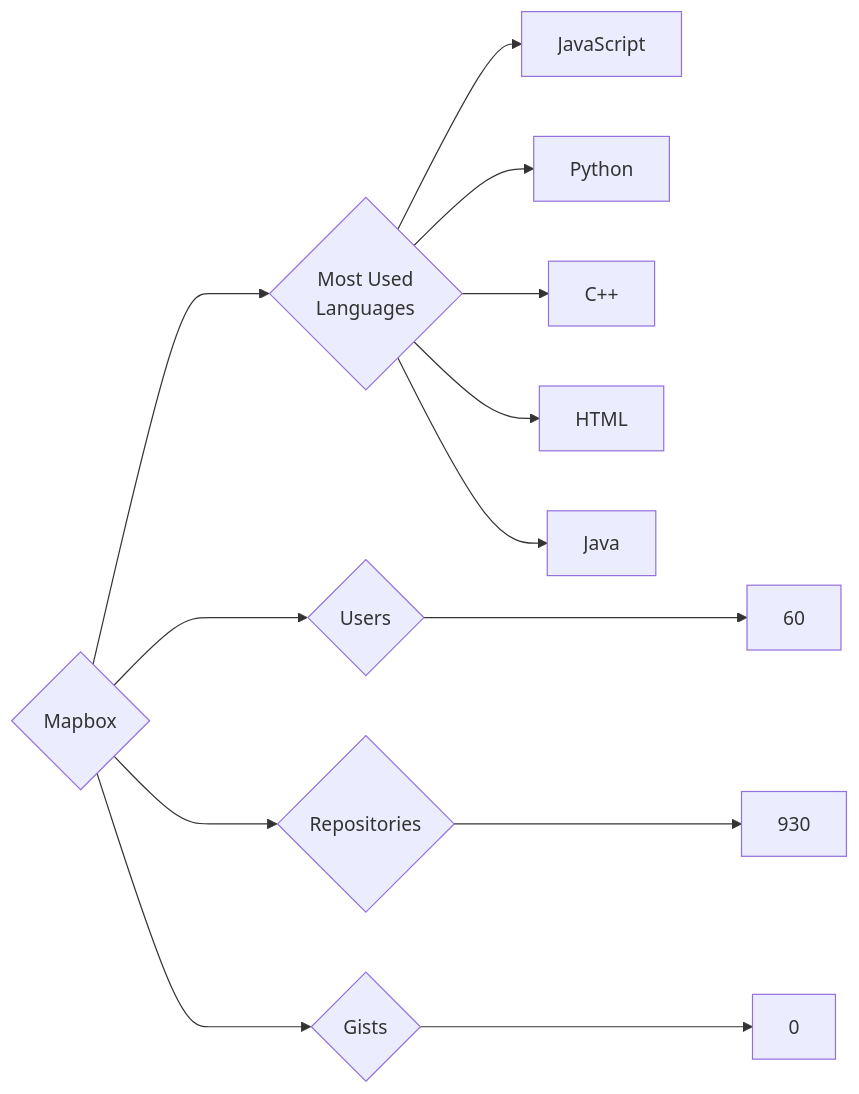
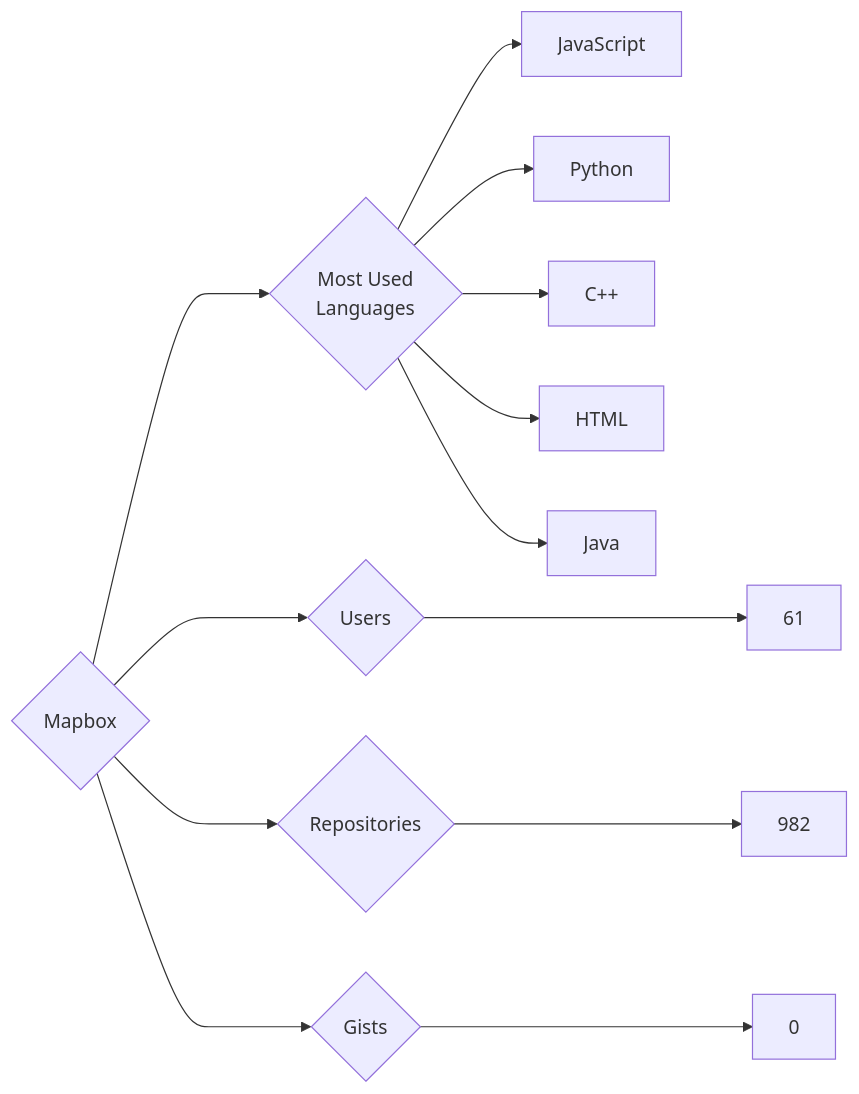
Before and after one commit to trickest/insiders: the diagram in targets/Mapbox/README.md, drawn with Mermaid. The commit also changed 984 other files, not shown here.

````diff
--- a/targets/Mapbox/README.md
+++ b/targets/Mapbox/README.md
@@ -3,13 +3,13 @@
 ```mermaid
 graph LR
 COMPANY_NAME{Mapbox}
-COMPANY_NAME ---> U{Users} ---> UN[60]
-COMPANY_NAME ---> R{Repositories} ---> RN[930]
+COMPANY_NAME ---> U{Users} ---> UN[61]
+COMPANY_NAME ---> R{Repositories} ---> RN[982]
 COMPANY_NAME ---> G{Gists} ---> GN[0]
 COMPANY_NAME ---> ML{Most Used<br>Languages}
 ML --> JavaScript[JavaScript]
 ML --> Python[Python]
 ML --> C++[C++]
 ML --> HTML[HTML]
 ML --> Java[Java]
 ```
````
